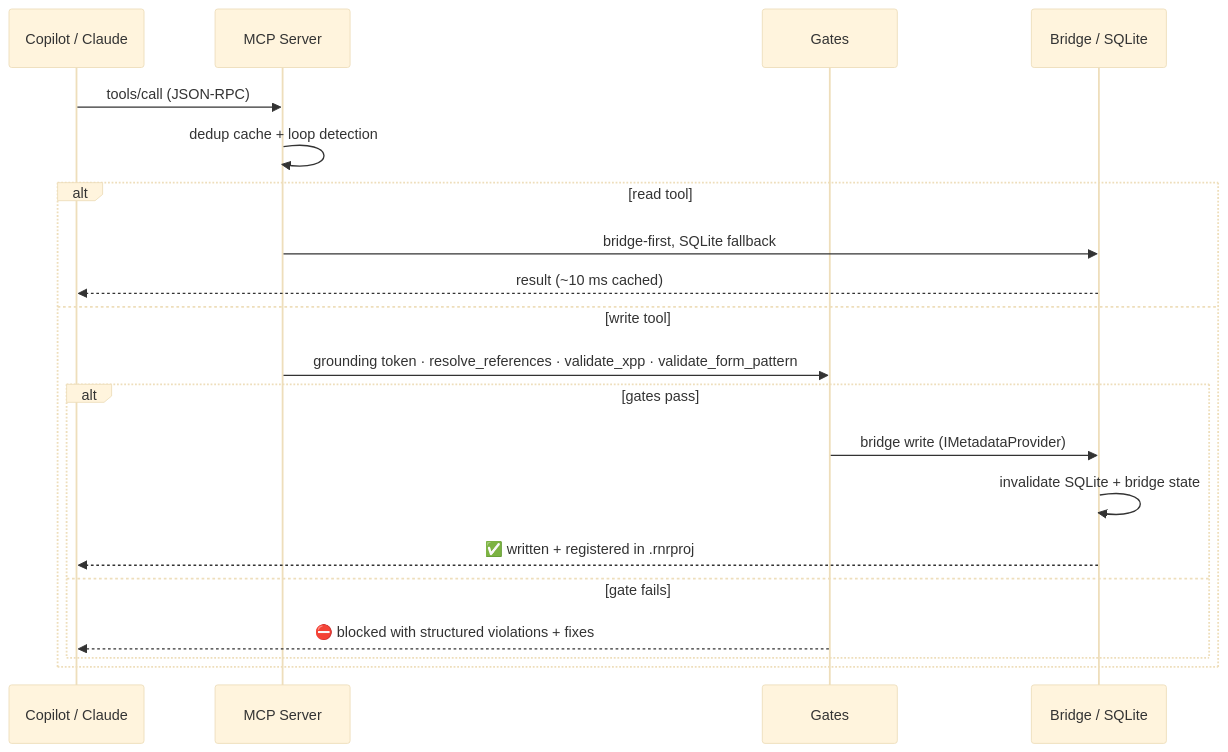
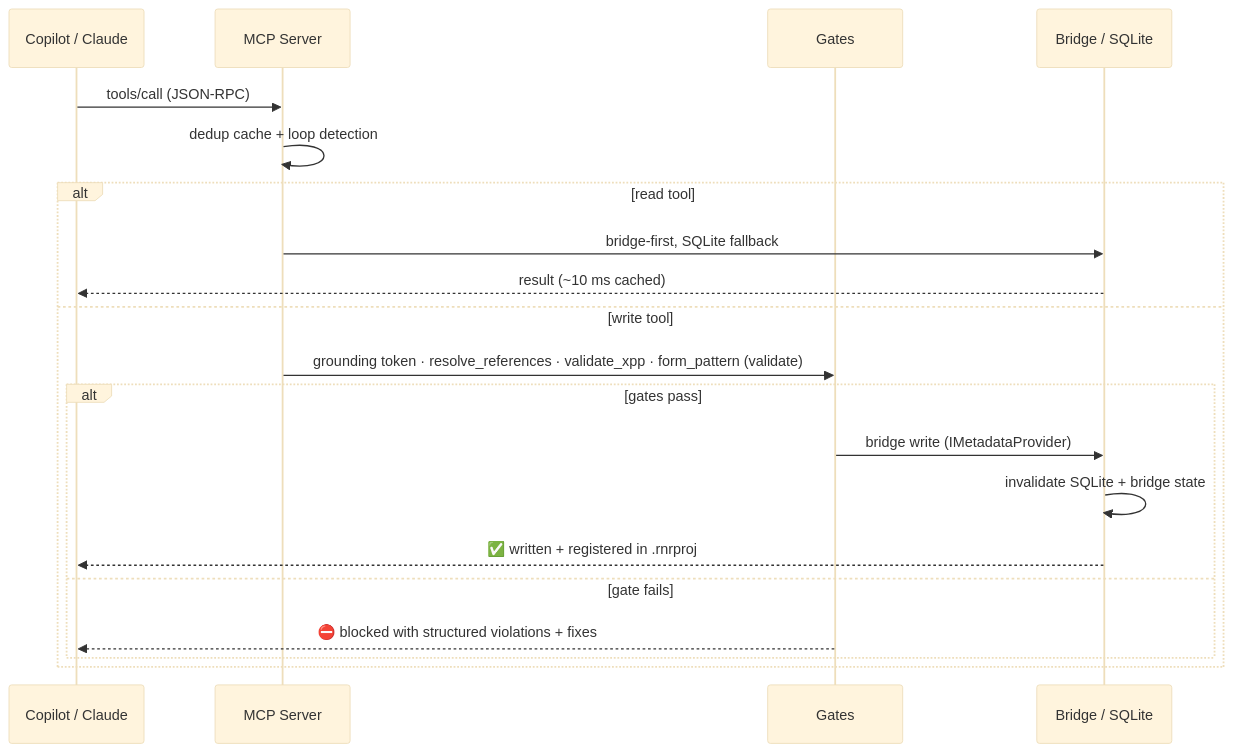
The second of 5 diagrams in docs/ARCHITECTURE.md (timothy775/d365fo-mcp-server), drawn with Mermaid (base theme) before and after one commit. The commit also changed other lines of this file and 64 other files, not shown here.

Commit message:
feat: consolidate tools into unified API (prepare, d365foFile, formPattern, searchUnified, getKnowledge, getMethod, securityInfo, analyzeCode)

````diff
--- a/docs/ARCHITECTURE.md
+++ b/docs/ARCHITECTURE.md
@@ -54,23 +54,23 @@
 ```mermaid
 sequenceDiagram
     participant IDE as Copilot / Claude
     participant SRV as MCP Server
     participant GATE as Gates
     participant SRC as Bridge / SQLite
 
     IDE->>SRV: tools/call (JSON-RPC)
     SRV->>SRV: dedup cache + loop detection
     alt read tool
         SRV->>SRC: bridge-first, SQLite fallback
         SRC-->>IDE: result (~10 ms cached)
     else write tool
-        SRV->>GATE: grounding token · resolve_references · validate_xpp · validate_form_pattern
+        SRV->>GATE: grounding token · resolve_references · validate_xpp · form_pattern (validate)
         alt gates pass
             GATE->>SRC: bridge write (IMetadataProvider)
             SRC->>SRC: invalidate SQLite + bridge state
             SRC-->>IDE: ✅ written + registered in .rnrproj
         else gate fails
             GATE-->>IDE: ⛔ blocked with structured violations + fixes
         end
     end
 ```
````
